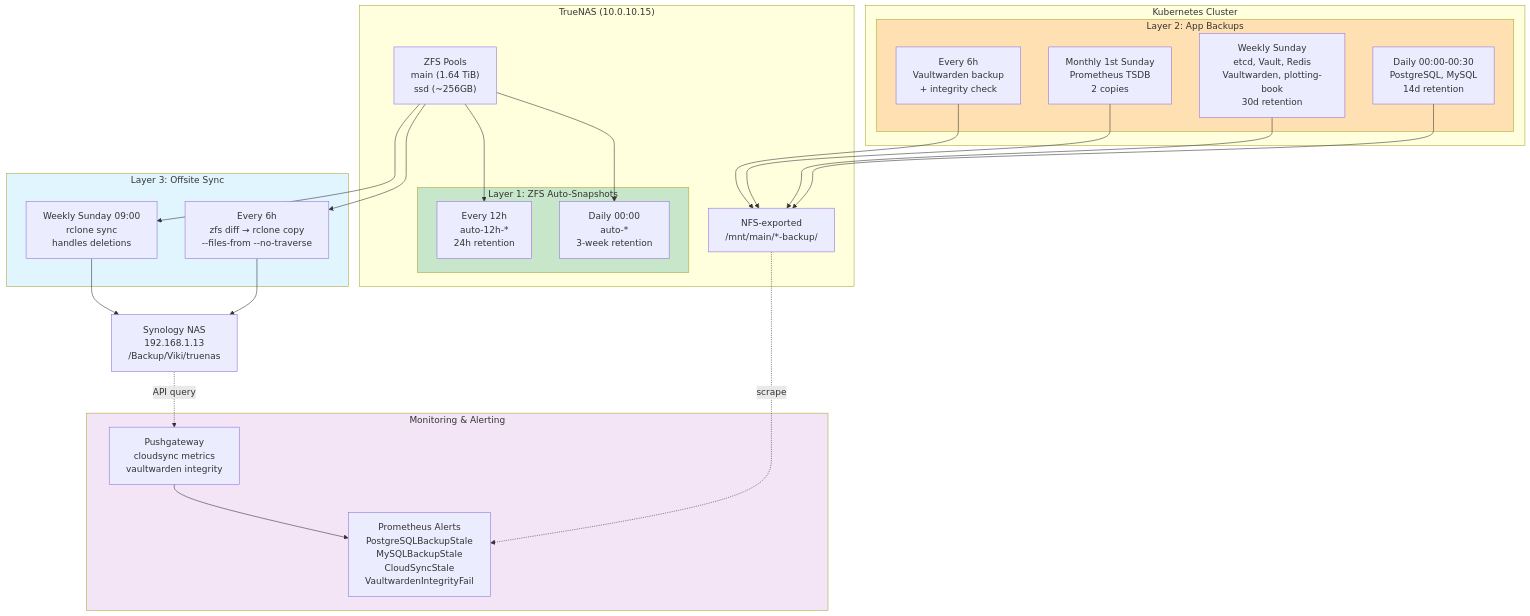
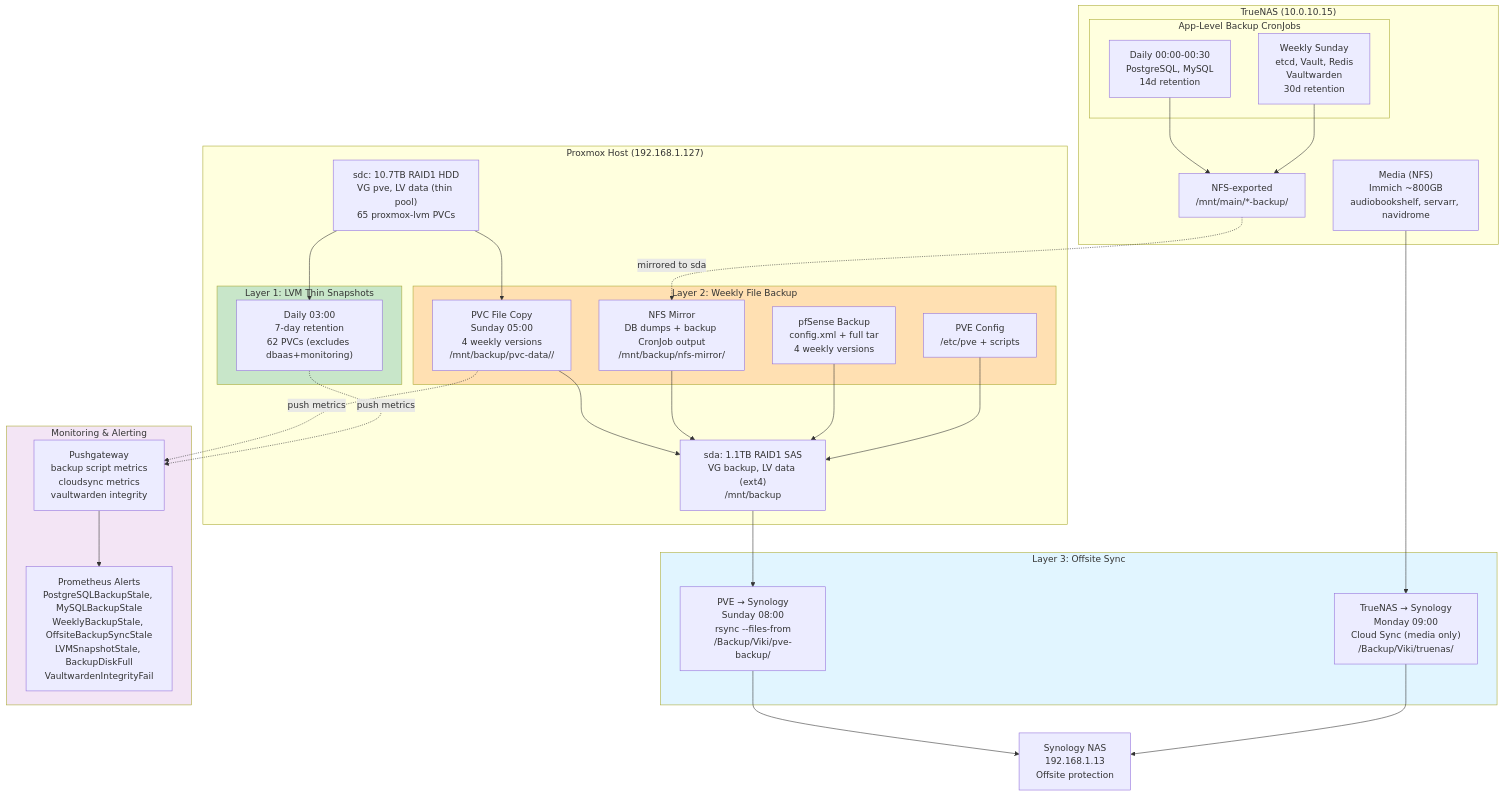
The first of 5 diagrams in docs/architecture/backup-dr.md (ViktorBarzin/infra), drawn with Mermaid before and after one commit. The commit also changed other lines of this file and 9 other files, not shown here.

First line of the commit message:
update backup/DR docs and runbooks for 3-2-1 architecture

````diff
--- a/docs/architecture/backup-dr.md
+++ b/docs/architecture/backup-dr.md
@@ -13,57 +20,67 @@
 ```mermaid
 graph TB
-    subgraph TrueNAS["TrueNAS (10.0.10.15)"]
-        ZFS_Data["ZFS Pools<br/>main (1.64 TiB)<br/>ssd (~256GB)"]
+    subgraph Proxmox["Proxmox Host (192.168.1.127)"]
+        sdc["sdc: 10.7TB RAID1 HDD<br/>VG pve, LV data (thin pool)<br/>65 proxmox-lvm PVCs"]
+        sda["sda: 1.1TB RAID1 SAS<br/>VG backup, LV data (ext4)<br/>/mnt/backup"]
 
-        subgraph Layer1["Layer 1: ZFS Auto-Snapshots"]
-            Snap12h["Every 12h<br/>auto-12h-*<br/>24h retention"]
-            SnapDaily["Daily 00:00<br/>auto-*<br/>3-week retention"]
+        subgraph Layer1["Layer 1: LVM Thin Snapshots"]
+            Snap["Daily 03:00<br/>7-day retention<br/>62 PVCs (excludes dbaas+monitoring)"]
         end
 
-        ZFS_Data --> Snap12h
-        ZFS_Data --> SnapDaily
+        subgraph Layer2["Layer 2: Weekly File Backup"]
+            PVCBackup["PVC File Copy<br/>Sunday 05:00<br/>4 weekly versions<br/>/mnt/backup/pvc-data/<YYYY-WW>/"]
+            NFSMirror["NFS Mirror<br/>DB dumps + backup CronJob output<br/>/mnt/backup/nfs-mirror/"]
+            PfsenseBackup["pfSense Backup<br/>config.xml + full tar<br/>4 weekly versions"]
+            PVEConfig["PVE Config<br/>/etc/pve + scripts"]
+        end
 
-        NFS_Backup["NFS-exported<br/>/mnt/main/*-backup/"]
+        sdc --> Snap
+        sdc --> PVCBackup
+        PVCBackup --> sda
+        NFSMirror --> sda
+        PfsenseBackup --> sda
+        PVEConfig --> sda
     end
 
-    subgraph K8s["Kubernetes Cluster"]
-        subgraph Layer2["Layer 2: App Backups"]
+    subgraph TrueNAS["TrueNAS (10.0.10.15)"]
+        NFS_Backup["NFS-exported<br/>/mnt/main/*-backup/"]
+        Media["Media (NFS)<br/>Immich ~800GB<br/>audiobookshelf, servarr, navidrome"]
+
+        subgraph AppBackups["App-Level Backup CronJobs"]
             CronDaily["Daily 00:00-00:30<br/>PostgreSQL, MySQL<br/>14d retention"]
-            CronWeekly["Weekly Sunday<br/>etcd, Vault, Redis<br/>Vaultwarden, plotting-book<br/>30d retention"]
-            CronMonthly["Monthly 1st Sunday<br/>Prometheus TSDB<br/>2 copies"]
-            Cron6h["Every 6h<br/>Vaultwarden backup<br/>+ integrity check"]
+            CronWeekly["Weekly Sunday<br/>etcd, Vault, Redis<br/>Vaultwarden<br/>30d retention"]
         end
 
         CronDaily --> NFS_Backup
         CronWeekly --> NFS_Backup
-        CronMonthly --> NFS_Backup
-        Cron6h --> NFS_Backup
     end
 
     subgraph Layer3["Layer 3: Offsite Sync"]
-        Incremental["Every 6h<br/>zfs diff → rclone copy<br/>--files-from --no-traverse"]
-        FullSync["Weekly Sunday 09:00<br/>rclone sync<br/>handles deletions"]
+        PVEOffsite["PVE → Synology<br/>Sunday 08:00<br/>rsync --files-from<br/>/Backup/Viki/pve-backup/"]
+        CloudSync["TrueNAS → Synology<br/>Monday 09:00<br/>Cloud Sync (media only)<br/>/Backup/Viki/truenas/"]
     end
 
-    ZFS_Data --> Incremental
-    ZFS_Data --> FullSync
+    sda --> PVEOffsite
+    Media --> CloudSync
 
-    Synology["Synology NAS<br/>192.168.1.13<br/>/Backup/Viki/truenas"]
+    Synology["Synology NAS<br/>192.168.1.13<br/>Offsite protection"]
 
-    Incremental --> Synology
-    FullSync --> Synology
+    PVEOffsite --> Synology
+    CloudSync --> Synology
+
+    NFS_Backup -.->|mirrored to sda| NFSMirror
 
     subgraph Monitoring["Monitoring & Alerting"]
-        Prometheus["Prometheus Alerts<br/>PostgreSQLBackupStale<br/>MySQLBackupStale<br/>CloudSyncStale<br/>VaultwardenIntegrityFail"]
-        Pushgateway["Pushgateway<br/>cloudsync metrics<br/>vaultwarden integrity"]
+        Prometheus["Prometheus Alerts<br/>PostgreSQLBackupStale, MySQLBackupStale<br/>WeeklyBackupStale, OffsiteBackupSyncStale<br/>LVMSnapshotStale, BackupDiskFull<br/>VaultwardenIntegrityFail"]
+        Pushgateway["Pushgateway<br/>backup script metrics<br/>cloudsync metrics<br/>vaultwarden integrity"]
     end
 
-    NFS_Backup -.->|scrape| Prometheus
-    Synology -.->|API query| Pushgateway
+    PVCBackup -.->|push metrics| Pushgateway
+    Snap -.->|push metrics| Pushgateway
     Pushgateway --> Prometheus
 
     style Layer1 fill:#c8e6c9
     style Layer2 fill:#ffe0b2
     style Layer3 fill:#e1f5ff
     style Monitoring fill:#f3e5f5
 ```
````
